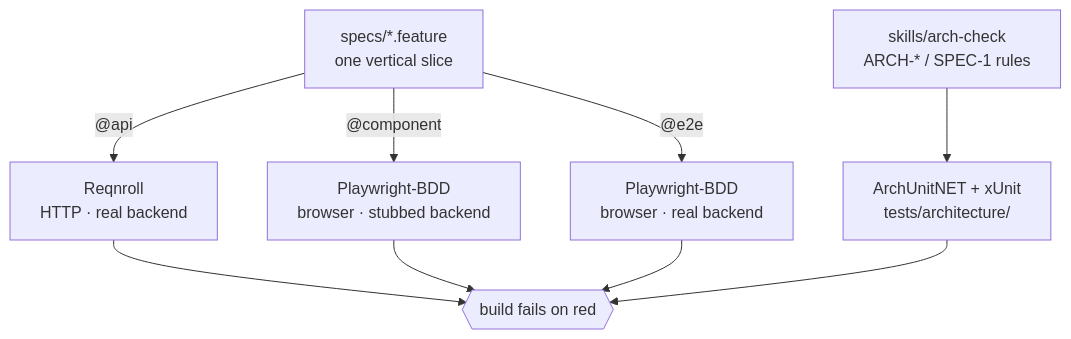
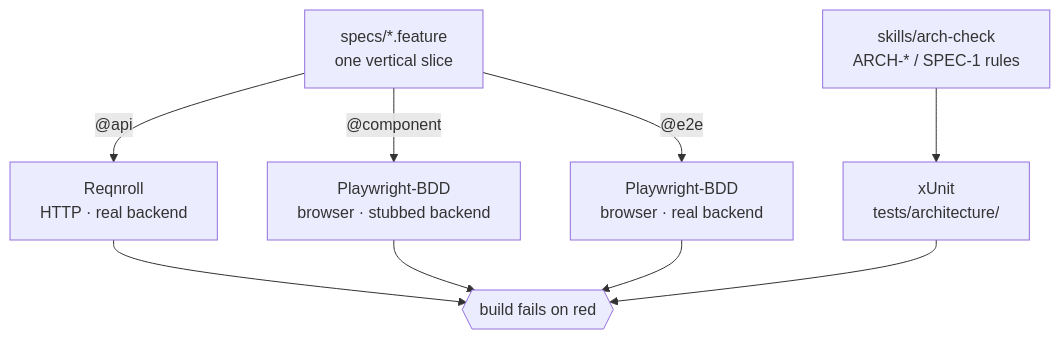
One commit to LeeShyanYeong/SpecWarden changed the first of 2 diagrams in docs/architecture.md. Above: the diagram before and after it, drawn with Mermaid. The commit also changed other lines of this file and 51 other files, not shown here.

````diff
--- a/docs/architecture.md
+++ b/docs/architecture.md
@@ -29,15 +29,15 @@
 ```mermaid
 flowchart TD
     spec["specs/*.feature<br/>one vertical slice"]
     arch["skills/arch-check<br/>ARCH-* / SPEC-1 rules"]
 
     spec -->|"@api"| reqnroll["Reqnroll<br/>HTTP · real backend"]
     spec -->|"@component"| pwc["Playwright-BDD<br/>browser · stubbed backend"]
     spec -->|"@e2e"| pwe["Playwright-BDD<br/>browser · real backend"]
-    arch --> archrun["ArchUnitNET + xUnit<br/>tests/architecture/"]
+    arch --> archrun["xUnit<br/>tests/architecture/"]
 
     reqnroll --> verdict{{"build fails on red"}}
     pwc --> verdict
     pwe --> verdict
     archrun --> verdict
 ```
````
